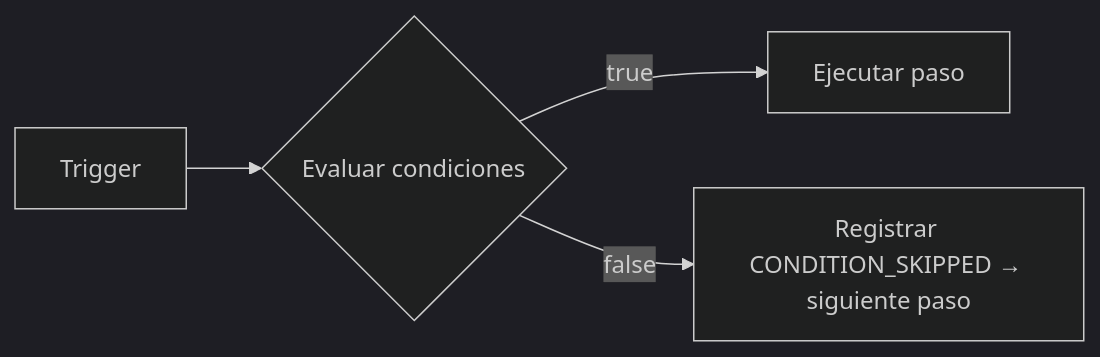
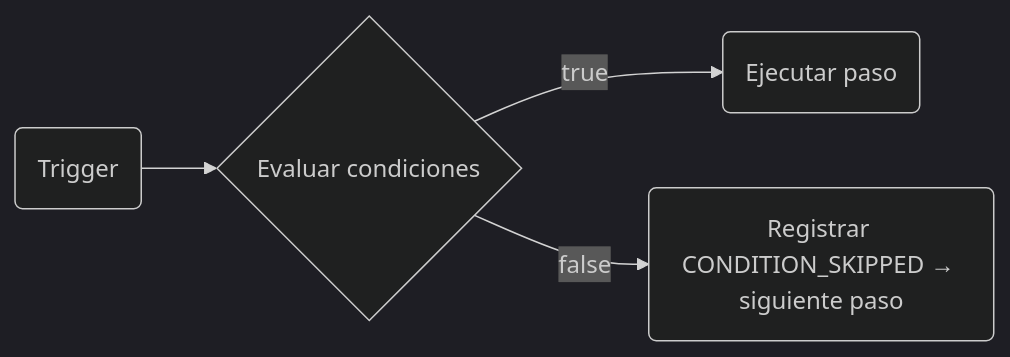
Before and after one commit to KriyanshKhunt/nexus_docs: the diagram in content/docs/es/platform/features/step-conditions.mdx, drawn with Mermaid (dark theme). The commit also changed 20 other files, not shown here.

Commit message:
Handle es Mermaid charts

````diff
--- a/content/docs/es/platform/features/step-conditions.mdx
+++ b/content/docs/es/platform/features/step-conditions.mdx
@@ -14,6 +14,6 @@
 ```mermaid
 flowchart LR
-  Trigger --> Eval{Evaluar condiciones}
-  Eval -->|true| Execute[Ejecutar paso]
-  Eval -->|false| Skip[Registrar CONDITION_SKIPPED → siguiente paso]
+  Trigger(Trigger) --> Eval{Evaluar condiciones}
+  Eval -->|true| Execute(Ejecutar paso)
+  Eval -->|false| Skip(Registrar CONDITION_SKIPPED → siguiente paso)
 ```
````
